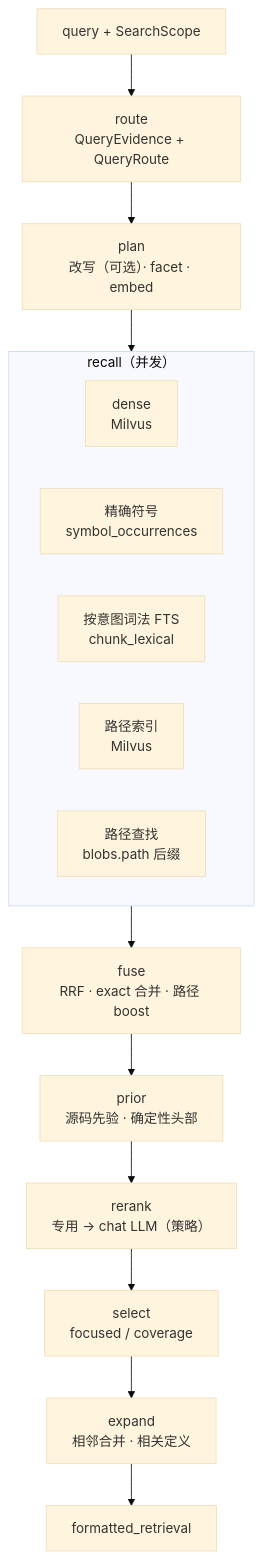
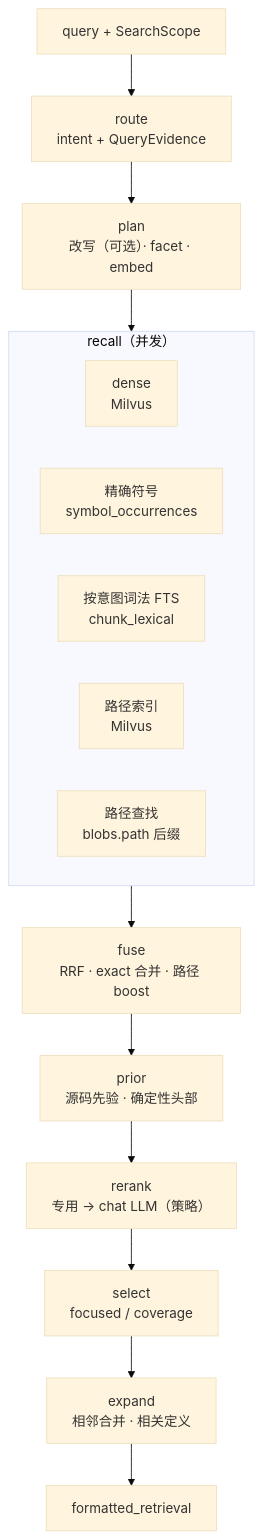
The second of 2 diagrams in README.zh-CN.md (JasonEX/oce), drawn with Mermaid (base theme) before and after one commit. The commit also changed other lines of this file and 34 other files, not shown here.

````diff
--- a/README.zh-CN.md
+++ b/README.zh-CN.md
@@ -477,20 +462,20 @@
 ```mermaid
 flowchart TB
-    Q["query + SearchScope"] --> Route["route<br/>QueryEvidence + QueryRoute"]
+    Q["query + SearchScope"] --> Route["route<br/>intent + QueryEvidence"]
     Route --> Plan["plan<br/>改写（可选）· facet · embed"]
     Plan --> Recall
     subgraph Recall["recall（并发）"]
         direction LR
         Dense["dense<br/>Milvus"]
         Exact["精确符号<br/>symbol_occurrences"]
         Lexical["按意图词法 FTS<br/>chunk_lexical"]
         PathIdx["路径索引<br/>Milvus"]
         PathLookup["路径查找<br/>blobs.path 后缀"]
     end
     Recall --> Fuse["fuse<br/>RRF · exact 合并 · 路径 boost"]
     Fuse --> Prior["prior<br/>源码先验 · 确定性头部"]
     Prior --> Rerank["rerank<br/>专用 → chat LLM（策略）"]
     Rerank --> Select["select<br/>focused / coverage"]
     Select --> Expand["expand<br/>相邻合并 · 相关定义"]
     Expand --> Out["formatted_retrieval"]
 ```
````
